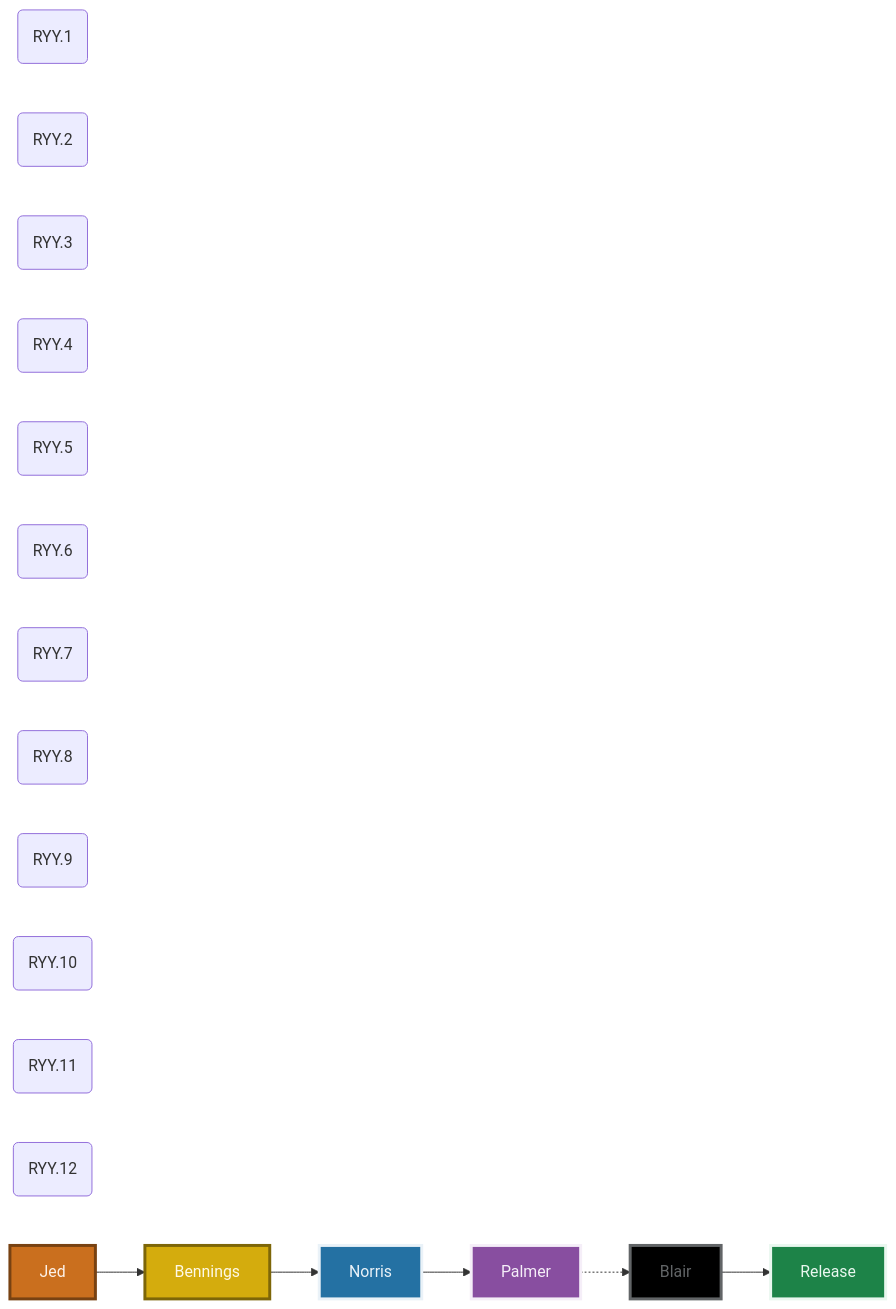
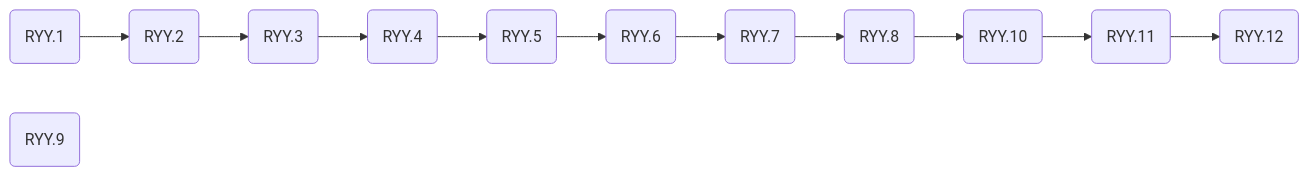
Before and after one commit to spectrum-health-systems/tingen-documentation: the first of 4 diagrams in dev/development-timeline.md, drawn with Mermaid.

````diff
--- a/dev/development-timeline.md
+++ b/dev/development-timeline.md
@@ -20,25 +20,25 @@
 ```mermaid
 flowchart LR
     %% Components
     January@{shape: rounded, label: "RYY.1"}
     February@{shape: rounded, label: "RYY.2"}
     March@{shape: rounded, label: "RYY.3"}
     April@{shape: rounded, label: "RYY.4"}
     May@{shape: rounded, label: "RYY.5"}
     June@{shape: rounded, label: "RYY.6"}
     July@{shape: rounded, label: "RYY.7"}
     August@{shape: rounded, label: "RYY.8"}
     September@{shape: rounded, label: "RYY.9"}
     October@{shape: rounded, label: "RYY.10"}
     November@{shape: rounded, label: "RYY.11"}
     December@{shape: rounded, label: "RYY.12"}
     %% Layout
-    Jed:::E8_ --> Bennings:::Y8_ --> Norris:::U3_ --> Palmer:::P3_ -.-> Blair:::B8_ --> Release:::G3_
+    January --> February --> March --> April --> May --> June --> July --> August --> October --> November --> December
     %% Styles
     classDef E8_ stroke:#784212,stroke-width:3px,fill:#ca6f1e,color:#fdf2e9
     classDef Y8_ stroke:#7d6608,stroke-width:3px,fill:#d4ac0d,color:#fef9e7
     classDef U3_ stroke:#eaf2f8,stroke-width:3px,fill:#2471a3,color:#eaf2f8
     classDef P3_ stroke:#f5eef8,stroke-width:3px,fill:#884ea0,color:#f5eef8
     classDef G3_ stroke:#e9f7ef,stroke-width:3px,fill:#1d8348,color:#e9f7ef
     classDef B8_ stroke:#626567,stroke-width:3px,fill:#000000,color:#626567 
 ```
````
